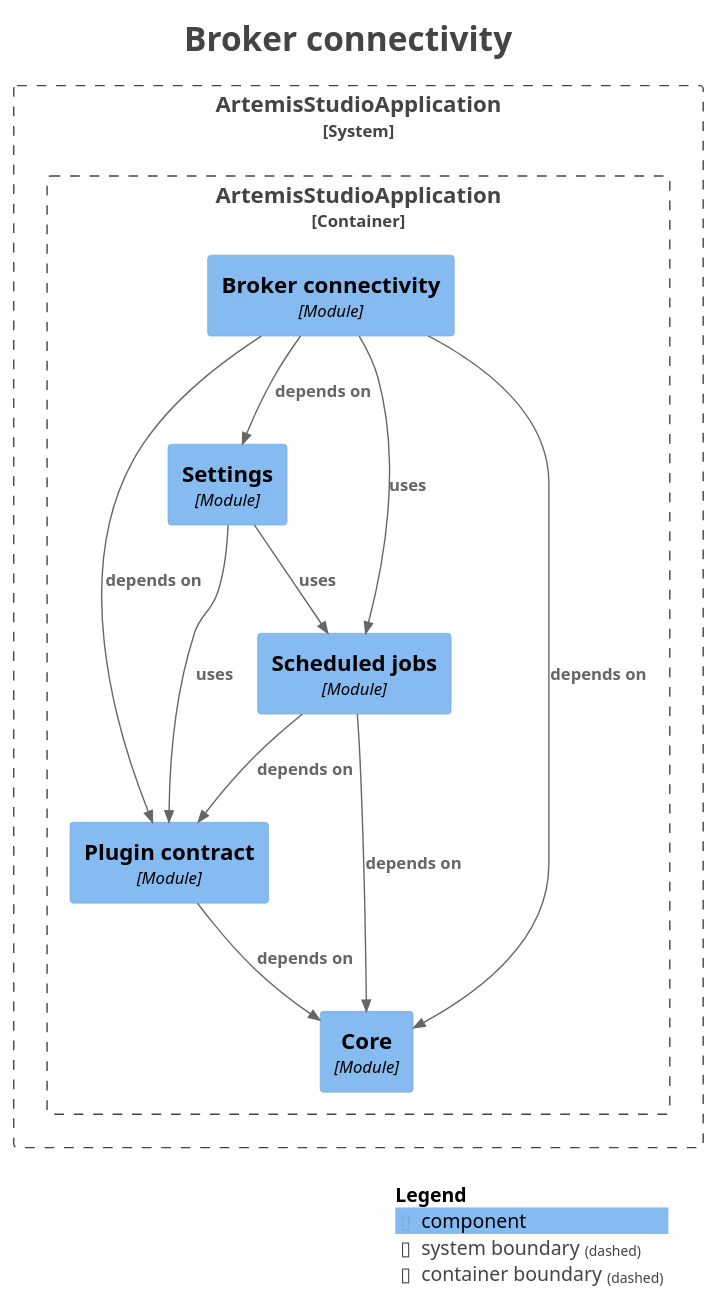
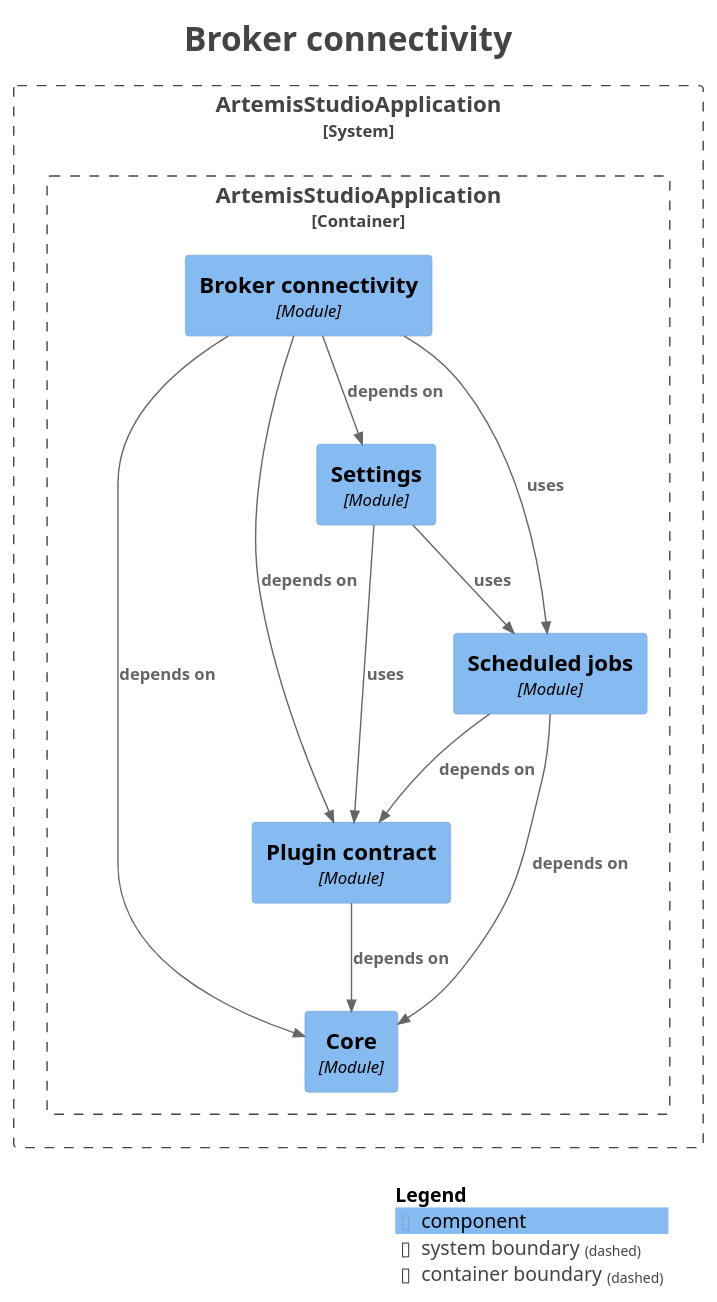
The diagram in docs/modules/module-platform.broker.puml (sudoitir/artemis-studio), drawn with PlantUML before and after one commit. The commit also changed other lines of this file and 7 other files, not shown here.

```diff
--- a/docs/modules/module-platform.broker.puml
+++ b/docs/modules/module-platform.broker.puml
@@ -1,41 +1,41 @@
 @startuml
 title <size:24>Broker connectivity</size>
 
 set separator none
 top to bottom direction
 
 <style>
   root {
     BackgroundColor: #ffffff
     FontColor: #444444
   }
 </style>
 
 !include <C4/C4>
 !include <C4/C4_Context>
 !include <C4/C4_Component>
 
 System_Boundary("ArtemisStudioApplication_boundary", "ArtemisStudioApplication", $tags="") {
   Container_Boundary("ArtemisStudioApplication.ArtemisStudioApplication_boundary", "ArtemisStudioApplication", $tags="") {
-    Component(ArtemisStudioApplication.ArtemisStudioApplication.Settings, "Settings", $techn="Module", $descr="", $tags="", $link="")
     Component(ArtemisStudioApplication.ArtemisStudioApplication.Brokerconnectivity, "Broker connectivity", $techn="Module", $descr="", $tags="", $link="")
     Component(ArtemisStudioApplication.ArtemisStudioApplication.Core, "Core", $techn="Module", $descr="", $tags="", $link="")
     Component(ArtemisStudioApplication.ArtemisStudioApplication.Plugincontract, "Plugin contract", $techn="Module", $descr="", $tags="", $link="")
     Component(ArtemisStudioApplication.ArtemisStudioApplication.Scheduledjobs, "Scheduled jobs", $techn="Module", $descr="", $tags="", $link="")
+    Component(ArtemisStudioApplication.ArtemisStudioApplication.Settings, "Settings", $techn="Module", $descr="", $tags="", $link="")
   }
 
 }
 
 Rel(ArtemisStudioApplication.ArtemisStudioApplication.Brokerconnectivity, ArtemisStudioApplication.ArtemisStudioApplication.Core, "depends on", $techn="", $tags="", $link="")
 Rel(ArtemisStudioApplication.ArtemisStudioApplication.Brokerconnectivity, ArtemisStudioApplication.ArtemisStudioApplication.Plugincontract, "depends on", $techn="", $tags="", $link="")
 Rel(ArtemisStudioApplication.ArtemisStudioApplication.Brokerconnectivity, ArtemisStudioApplication.ArtemisStudioApplication.Scheduledjobs, "uses", $techn="", $tags="", $link="")
 Rel(ArtemisStudioApplication.ArtemisStudioApplication.Brokerconnectivity, ArtemisStudioApplication.ArtemisStudioApplication.Settings, "depends on", $techn="", $tags="", $link="")
 Rel(ArtemisStudioApplication.ArtemisStudioApplication.Plugincontract, ArtemisStudioApplication.ArtemisStudioApplication.Core, "depends on", $techn="", $tags="", $link="")
 Rel(ArtemisStudioApplication.ArtemisStudioApplication.Scheduledjobs, ArtemisStudioApplication.ArtemisStudioApplication.Core, "depends on", $techn="", $tags="", $link="")
 Rel(ArtemisStudioApplication.ArtemisStudioApplication.Scheduledjobs, ArtemisStudioApplication.ArtemisStudioApplication.Plugincontract, "depends on", $techn="", $tags="", $link="")
 Rel(ArtemisStudioApplication.ArtemisStudioApplication.Settings, ArtemisStudioApplication.ArtemisStudioApplication.Plugincontract, "uses", $techn="", $tags="", $link="")
 Rel(ArtemisStudioApplication.ArtemisStudioApplication.Settings, ArtemisStudioApplication.ArtemisStudioApplication.Scheduledjobs, "uses", $techn="", $tags="", $link="")
 
 SHOW_LEGEND(true)
 hide stereotypes
 @enduml
```
